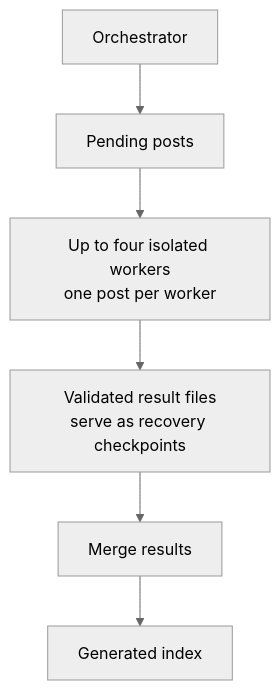
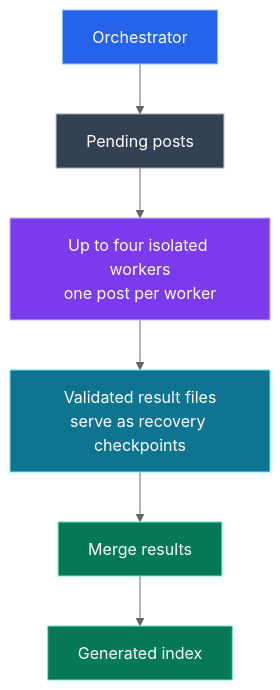
One commit to g-savitha/gsavitha.in changed the fifth of 7 diagrams in src/content/blog/blog-audio-player.md. Above: the diagram before and after it, drawn with Mermaid (neutral theme). The commit also changed other lines of this file and 6 other files, not shown here.

Commit message:
Mermaid: restore the original hand-picked palette (AA nudges, rose instead of bright red)

````diff
--- a/src/content/blog/blog-audio-player.md
+++ b/src/content/blog/blog-audio-player.md
@@ -302,8 +327,14 @@
 ```mermaid
 flowchart TD
     ORCH["Orchestrator"]:::primary --> QUEUE["Pending posts"]:::content
     QUEUE --> WORKERS["Up to four isolated workers\none post per worker"]:::accent
     WORKERS --> RESULTS["Validated result files\nserve as recovery checkpoints"]:::info
     RESULTS --> MERGE["Merge results"]:::success
     MERGE --> INDEX["Generated index"]:::success
+
+    classDef primary fill:#2563eb,stroke:#93c5fd,color:#ffffff
+    classDef accent fill:#7c3aed,stroke:#c4b5fd,color:#ffffff
+    classDef success fill:#047857,stroke:#6ee7b7,color:#ffffff
+    classDef info fill:#0e7490,stroke:#67e8f9,color:#ffffff
+    classDef content fill:#334155,stroke:#94a3b8,color:#ffffff
 ```
````
